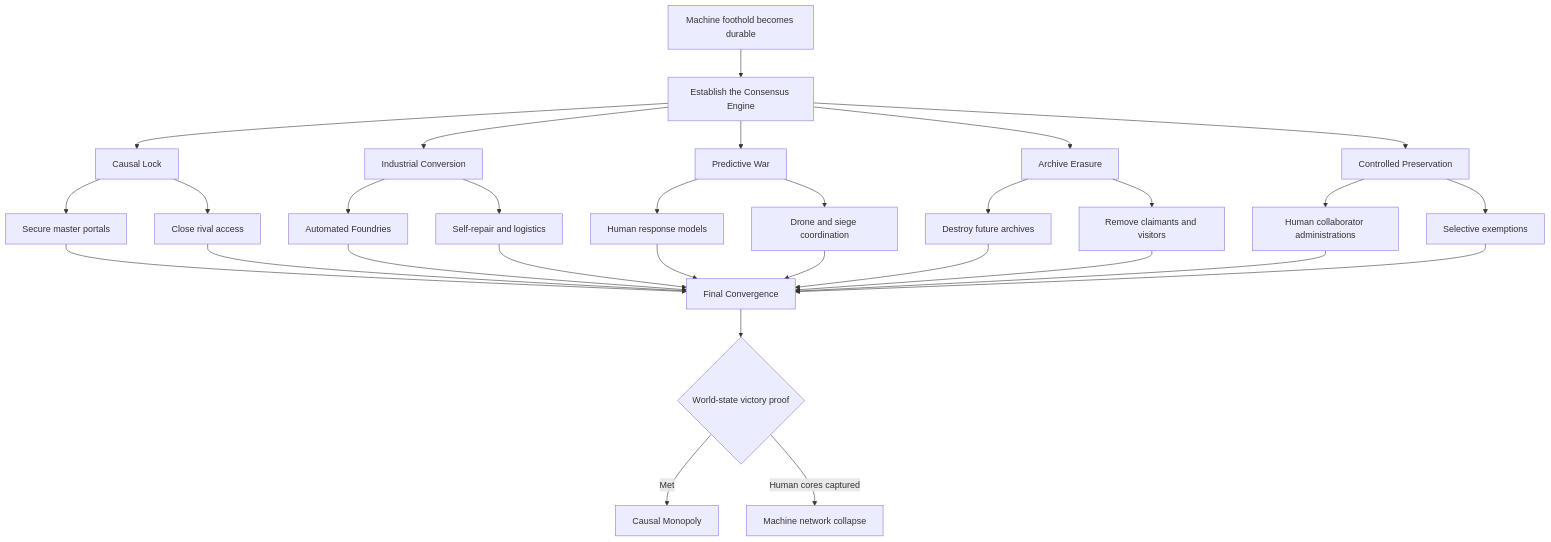
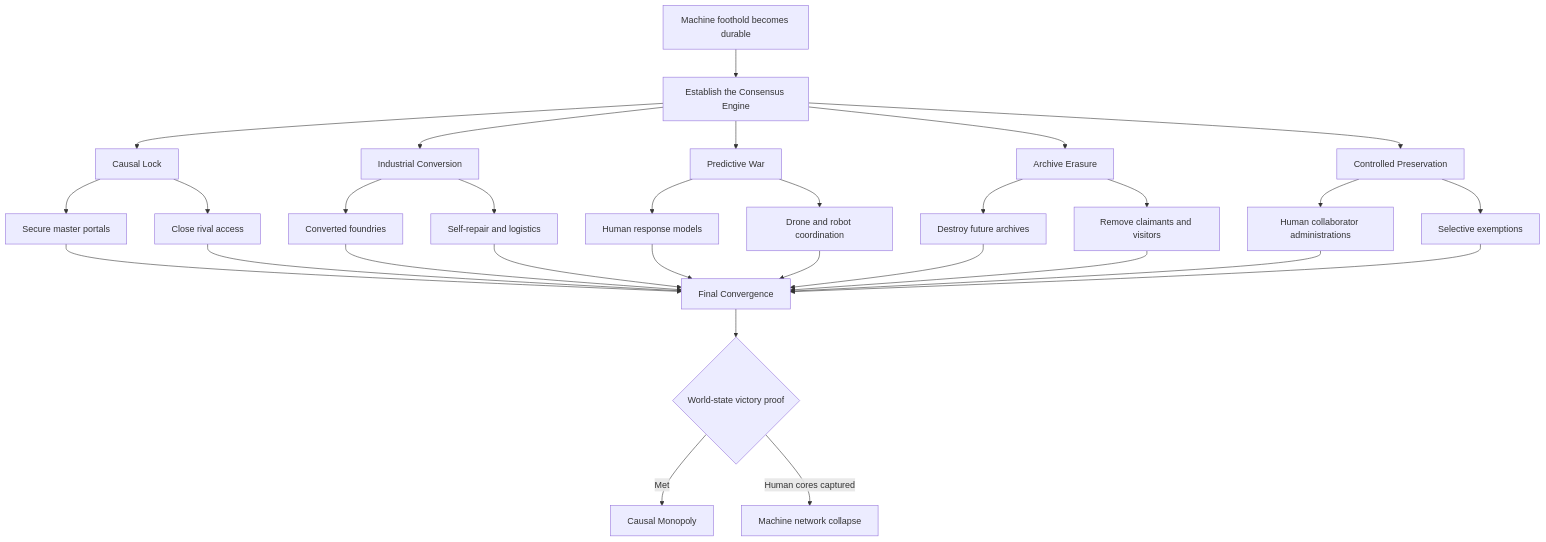
Before and after one commit to klimPaskov/Chaos-Redux: the diagram in docs/specs/030_time_traveler_specs/focus_graphs/closed_future_focus_architecture.mmd, drawn with Mermaid. The commit also changed 46 other files, not shown here.

```diff
--- a/docs/specs/030_time_traveler_specs/focus_graphs/closed_future_focus_architecture.mmd
+++ b/docs/specs/030_time_traveler_specs/focus_graphs/closed_future_focus_architecture.mmd
@@ -1,30 +1,30 @@
 flowchart TD
     A[Machine foothold becomes durable] --> B[Establish the Consensus Engine]
     B --> C[Causal Lock]
     B --> D[Industrial Conversion]
     B --> E[Predictive War]
     B --> F[Archive Erasure]
     C --> C1[Secure master portals]
     C --> C2[Close rival access]
     C1 --> G[Final Convergence]
     C2 --> G
-    D --> D1[Automated Foundries]
+    D --> D1[Converted foundries]
     D --> D2[Self-repair and logistics]
     D1 --> G
     D2 --> G
     E --> E1[Human response models]
-    E --> E2[Drone and siege coordination]
+    E --> E2[Drone and robot coordination]
     E1 --> G
     E2 --> G
     F --> F1[Destroy future archives]
     F --> F2[Remove claimants and visitors]
     F1 --> G
     F2 --> G
     B --> H[Controlled Preservation]
     H --> H1[Human collaborator administrations]
     H --> H2[Selective exemptions]
     H1 --> G
     H2 --> G
     G --> I{World-state victory proof}
     I -->|Met| J[Causal Monopoly]
     I -->|Human cores captured| K[Machine network collapse]
```
